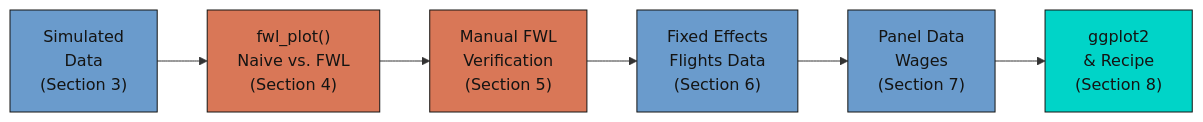
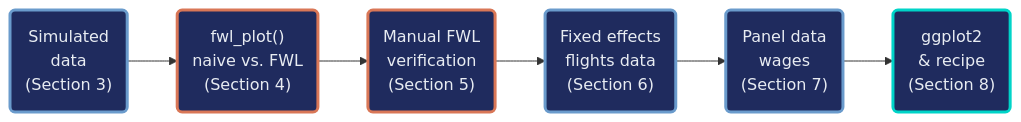
Before and after one commit to cmg777/starter-academic-v501: the first of 2 diagrams in content/post/r_fwlplot/index.md, drawn with Mermaid. The commit also changed other lines of this file and 13 other files, not shown here.

First line of the commit message:
content(mermaid): restyle flowcharts in R posts

````diff
--- a/content/post/r_fwlplot/index.md
+++ b/content/post/r_fwlplot/index.md
@@ -221,15 +221,14 @@
 ```mermaid
 graph LR
-    A["Simulated<br/>Data<br/>(Section 3)"] --> B["fwl_plot()<br/>Naive vs. FWL<br/>(Section 4)"]
-    B --> C["Manual FWL<br/>Verification<br/>(Section 5)"]
-    C --> D["Fixed Effects<br/>Flights Data<br/>(Section 6)"]
-    D --> E["Panel Data<br/>Wages<br/>(Section 7)"]
-    E --> F["ggplot2<br/>& Recipe<br/>(Section 8)"]
-
-    style A fill:#6a9bcc,stroke:#141413,color:#141413
-    style B fill:#d97757,stroke:#141413,color:#141413
-    style C fill:#d97757,stroke:#141413,color:#141413
-    style D fill:#6a9bcc,stroke:#141413,color:#141413
-    style E fill:#6a9bcc,stroke:#141413,color:#141413
-    style F fill:#00d4c8,stroke:#141413,color:#141413
+    A("Simulated<br/>data<br/>(Section 3)") --> B("fwl_plot()<br/>naive vs. FWL<br/>(Section 4)")
+    B --> C("Manual FWL<br/>verification<br/>(Section 5)")
+    C --> D("Fixed effects<br/>flights data<br/>(Section 6)")
+    D --> E("Panel data<br/>wages<br/>(Section 7)")
+    E --> F("ggplot2<br/>& recipe<br/>(Section 8)")
+    classDef blue fill:#1f2b5e,stroke:#6a9bcc,stroke-width:3px,color:#e8ecf2
+    classDef orange fill:#1f2b5e,stroke:#d97757,stroke-width:3px,color:#e8ecf2
+    classDef teal fill:#1f2b5e,stroke:#00d4c8,stroke-width:3px,color:#e8ecf2
+    class A,D,E blue
+    class B,C orange
+    class F teal
 ```
````
